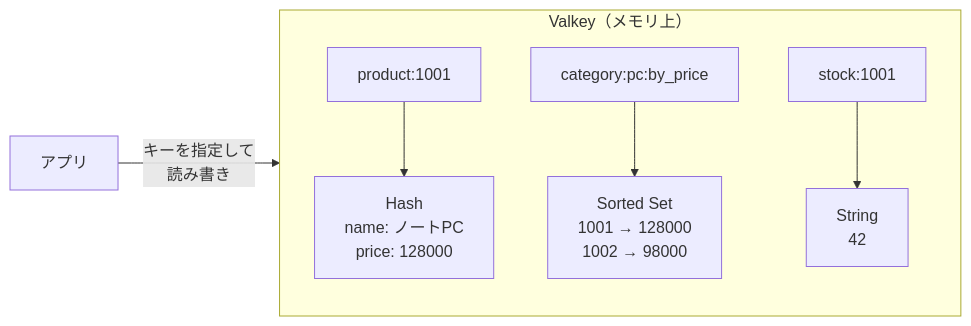
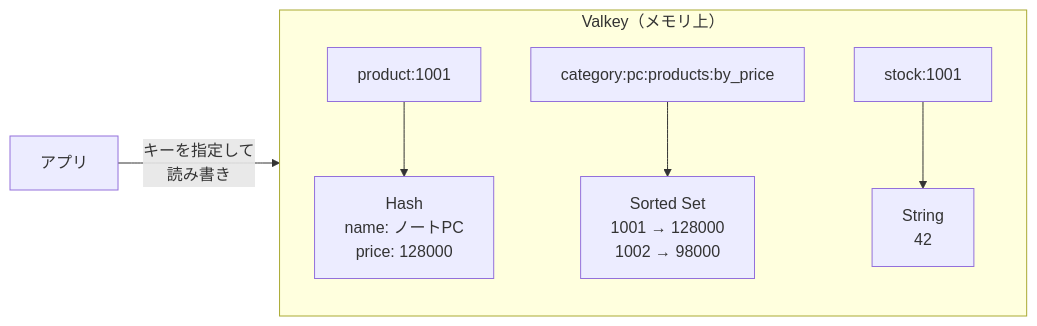
One commit to AtsushiNi/valkey-docs changed the second of 5 diagrams in docs/01-what-is-valkey.md. Above: the diagram before and after it, drawn with Mermaid. The commit also changed other lines of this file and 5 other files, not shown here.

````diff
--- a/docs/01-what-is-valkey.md
+++ b/docs/01-what-is-valkey.md
@@ -15,10 +112,10 @@
 ```mermaid
 flowchart LR
     subgraph Valkey["Valkey（メモリ上）"]
         direction TB
         k1["product:1001"] --> v1["Hash<br/>name: ノートPC<br/>price: 128000"]
-        k2["category:pc:by_price"] --> v2["Sorted Set<br/>1001 → 128000<br/>1002 → 98000"]
+        k2["category:pc:products:by_price"] --> v2["Sorted Set<br/>1001 → 128000<br/>1002 → 98000"]
         k3["stock:1001"] --> v3["String<br/>42"]
     end
     App["アプリ"] -- "キーを指定して<br/>読み書き" --> Valkey
 ```
````
